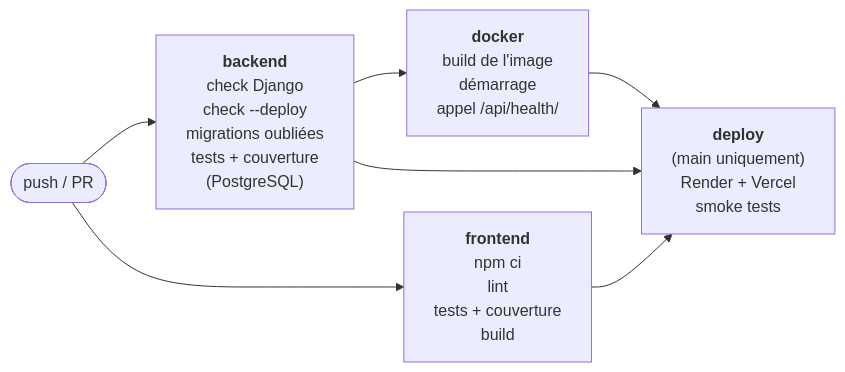
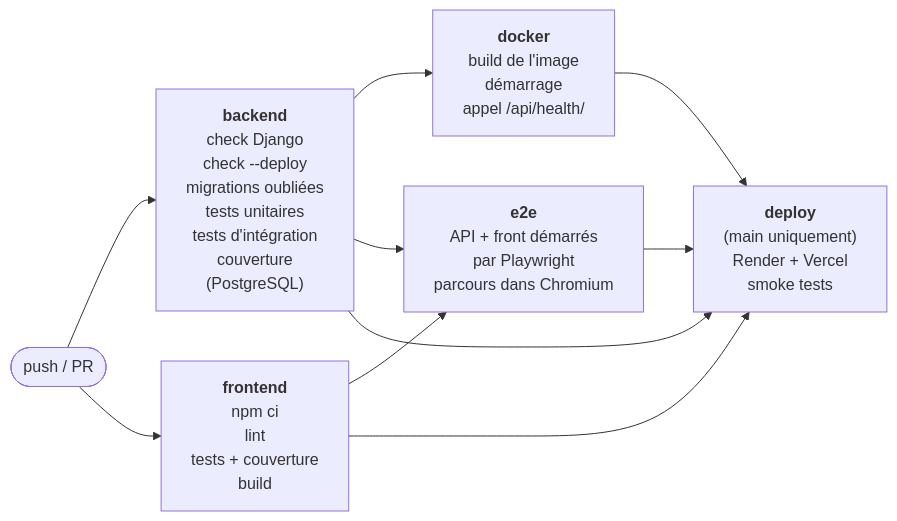
The first of 2 diagrams in docs/REX.md (logandndy/weeb_Logan_donday), drawn with Mermaid before and after one commit. The commit also changed other lines of this file and 14 other files, not shown here.

Commit message:
test: tests e2e playwright dans la CI + docs à jour

````diff
--- a/docs/REX.md
+++ b/docs/REX.md
@@ -122,14 +122,18 @@
 ```mermaid
 flowchart LR
     push([push / PR]) --> backend
     push --> frontend
     backend --> docker
+    backend --> e2e
+    frontend --> e2e
     backend --> deploy
     frontend --> deploy
     docker --> deploy
+    e2e --> deploy
 
-    backend["<b>backend</b><br/>check Django<br/>check --deploy<br/>migrations oubliées<br/>tests + couverture<br/>(PostgreSQL)"]
+    backend["<b>backend</b><br/>check Django<br/>check --deploy<br/>migrations oubliées<br/>tests unitaires<br/>tests d'intégration<br/>couverture<br/>(PostgreSQL)"]
     frontend["<b>frontend</b><br/>npm ci<br/>lint<br/>tests + couverture<br/>build"]
     docker["<b>docker</b><br/>build de l'image<br/>démarrage<br/>appel /api/health/"]
+    e2e["<b>e2e</b><br/>API + front démarrés<br/>par Playwright<br/>parcours dans Chromium"]
     deploy["<b>deploy</b><br/>(main uniquement)<br/>Render + Vercel<br/>smoke tests"]
 ```
````
